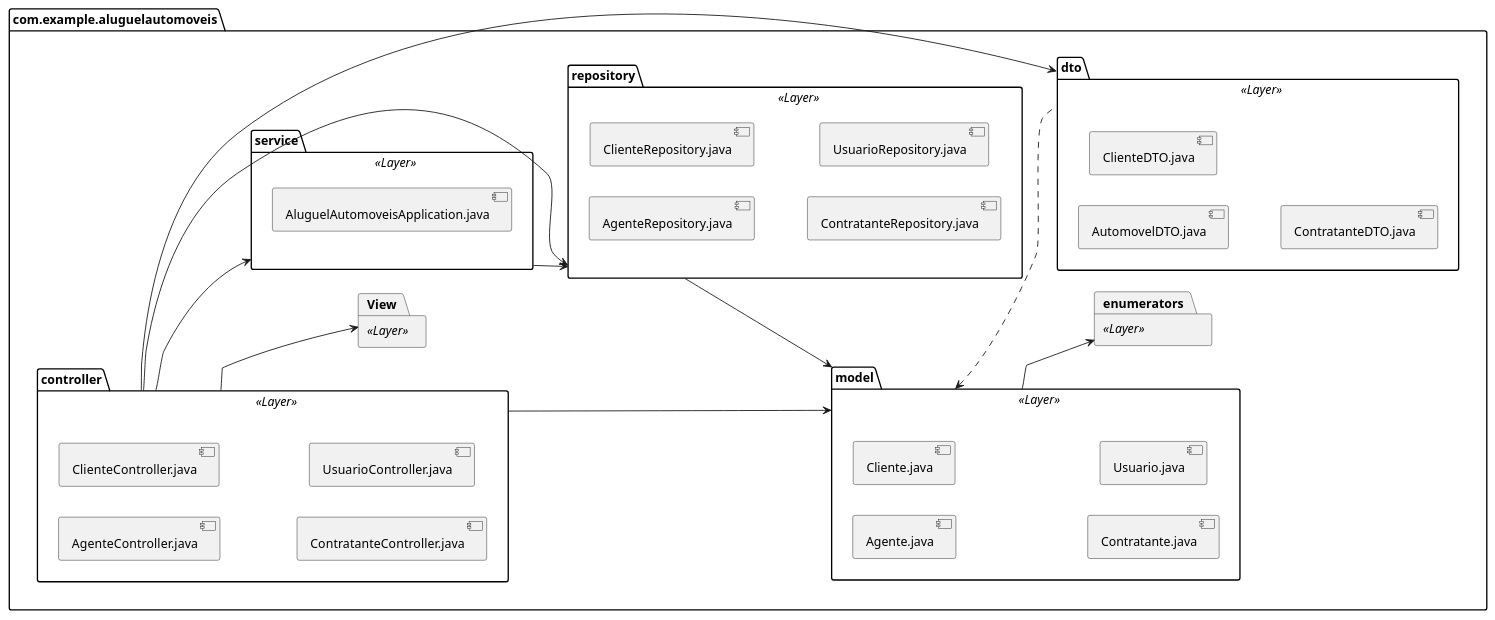
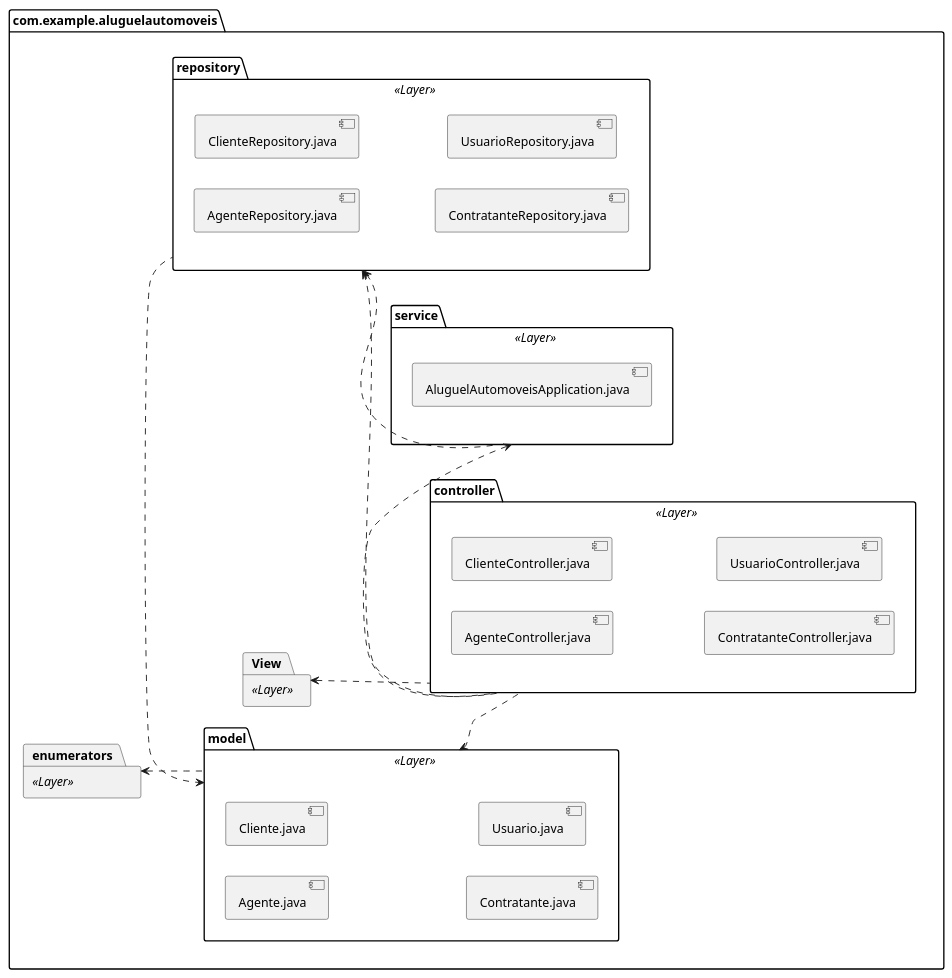
Before and after one commit to barbaragncarvalho/Aluguel-de-Automoveis: the diagram in docs/diagramas/pacotes/README.md, drawn with PlantUML.

Commit message:
ajustes no diagrama de pacotes

```diff
--- a/docs/diagramas/pacotes/README.md
+++ b/docs/diagramas/pacotes/README.md
@@ -1,55 +1,47 @@
 @startuml
 left to right direction
 
 package "com.example.aluguelautomoveis" {
     package controller <<Layer>> {
         [AgenteController.java]
         [ClienteController.java]
         [ContratanteController.java]
         [UsuarioController.java]
     }
     
    package enumerators <<Layer>> {
 
     }
 
     package service <<Layer>> {
         [AluguelAutomoveisApplication.java]
     }
     
     package repository <<Layer>> {
         [AgenteRepository.java]
         [ClienteRepository.java]
         [ContratanteRepository.java]
         [UsuarioRepository.java]
     }
     
     package model <<Layer>> {
         [Agente.java]
         [Cliente.java]
         [Contratante.java]
         [Usuario.java]
     }
-    
-    package dto <<Layer>> {
-        [AutomovelDTO.java]
-        [ClienteDTO.java]
-        [ContratanteDTO.java]
-    }
 package "View" <<Layer>> {
 
     }
 }
 
 
-controller --> repository
-controller --> service
-service --> repository
-repository --> model
-controller --> dto
-dto .up.> model 
-controller --> "View"
-controller --> "model"
-model --> enumerators
+controller .up.> repository
+controller .up.> service
+service .up.> repository
+repository .up.> model
+controller .up.> "View"
+controller .up.> "model"
+model .up.> enumerators
 
 @enduml
```
